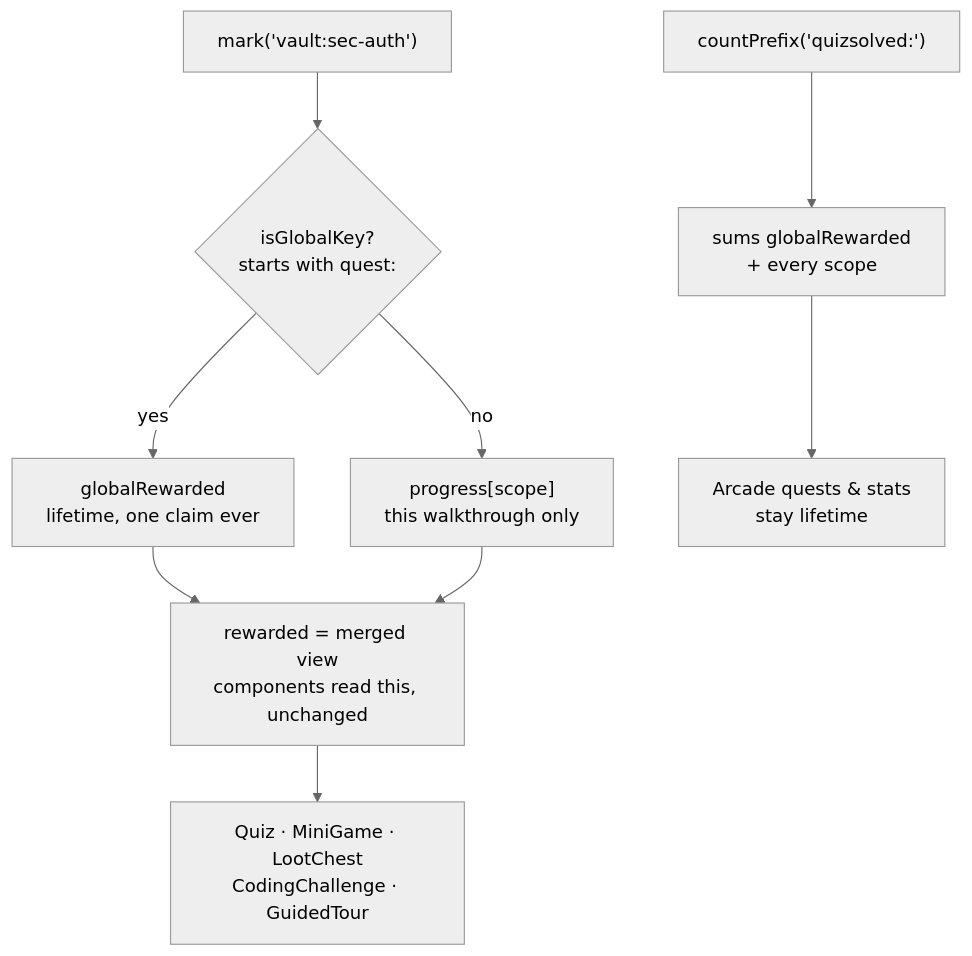
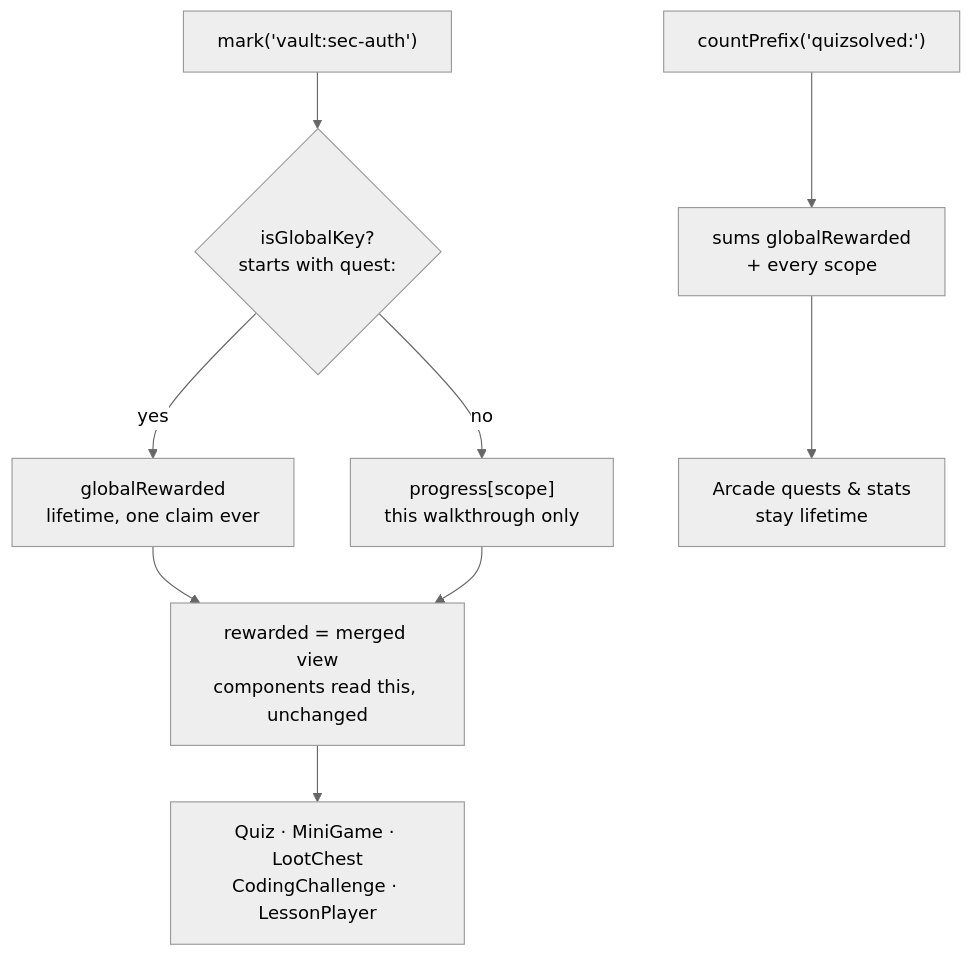
The fourth of 4 diagrams in docs/architecture.md (mikexkllr/glassbox-ai), drawn with Mermaid (neutral theme) before and after one commit. The commit also changed other lines of this file and 20 other files, not shown here.

First line of the commit message:
feat: turn guided mode into a Duolingo-style lesson path

````diff
--- a/docs/architecture.md
+++ b/docs/architecture.md
@@ -250,12 +251,12 @@
 ```mermaid
 flowchart TB
   K["mark('vault:sec-auth')"] --> Q{"isGlobalKey?<br/>starts with quest:"}
   Q -->|yes| G["globalRewarded<br/>lifetime, one claim ever"]
   Q -->|no| P["progress[scope]<br/>this walkthrough only"]
   G --> V["rewarded = merged view<br/>components read this, unchanged"]
   P --> V
-  V --> UI["Quiz · MiniGame · LootChest<br/>CodingChallenge · GuidedTour"]
+  V --> UI["Quiz · MiniGame · LootChest<br/>CodingChallenge · LessonPlayer"]
 
   C["countPrefix('quizsolved:')"] --> SUM["sums globalRewarded<br/>+ every scope"]
   SUM --> STATS["Arcade quests & stats<br/>stay lifetime"]
 ```
````
